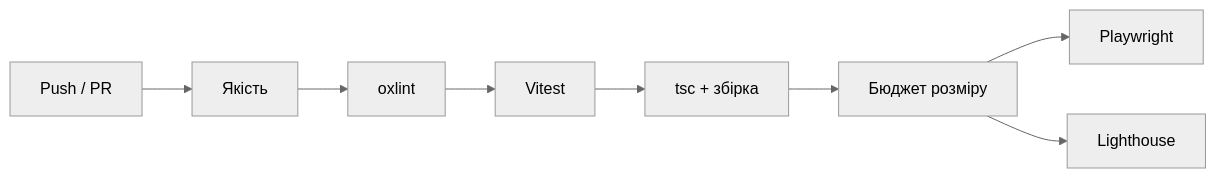
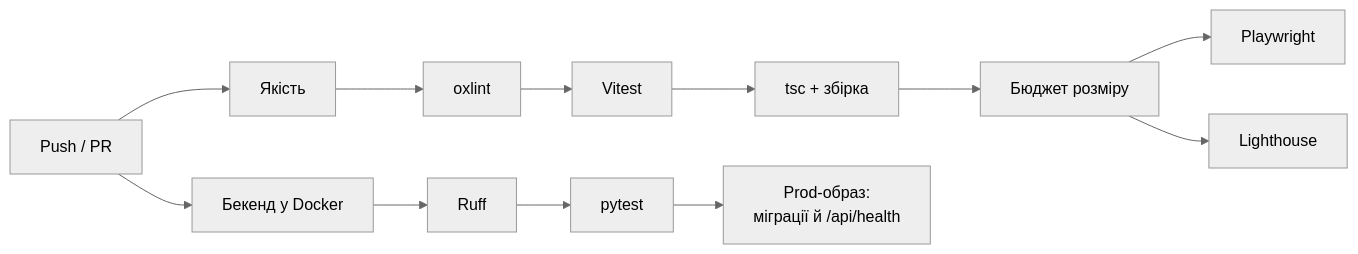
Before and after one commit to tsukanovSerhii/FitPulse: the second of 3 diagrams in docs/quality.md, drawn with Mermaid (neutral theme). The commit also changed other lines of this file and 4 other files, not shown here.

First line of the commit message:
docs: describe the FastAPI backend, Docker setup and updated data model

````diff
--- a/docs/quality.md
+++ b/docs/quality.md
@@ -21,7 +23,9 @@
 ```mermaid
 flowchart LR
   push[Push / PR] --> q[Якість]
   q --> lint[oxlint] --> unit[Vitest] --> build["tsc + збірка"] --> size[Бюджет розміру]
   size --> e2e[Playwright]
   size --> lh[Lighthouse]
+  push --> be[Бекенд у Docker]
+  be --> blint[Ruff] --> btest[pytest] --> img["Prod-образ:<br/>міграції й /api/health"]
 ```
````
